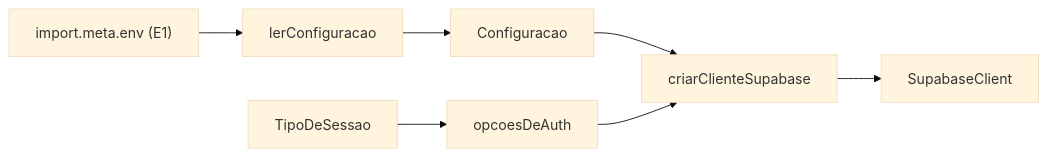
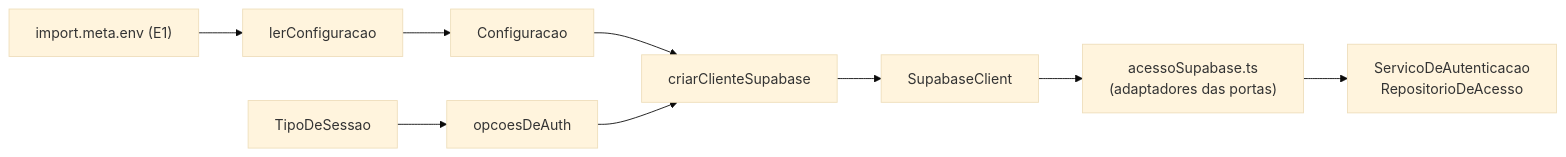
The diagram in src/shared/infra/README.md (TokumoH/RevocastCameras), drawn with Mermaid (base theme) before and after one commit. The commit also changed other lines of this file and 9 other files, not shown here.

First line of the commit message:
feat: E1 Tarefa 3 — adaptadores Supabase e composição (VER-017)

````diff
--- a/src/shared/infra/README.md
+++ b/src/shared/infra/README.md
@@ -57,9 +66,11 @@
 ```mermaid
 flowchart LR
     E["import.meta.env (E1)"] --> L[lerConfiguracao]
     L --> C[Configuracao]
     C --> K[criarClienteSupabase]
     T[TipoDeSessao] --> O[opcoesDeAuth]
     O --> K
     K --> S[SupabaseClient]
+    S --> AS["acessoSupabase.ts<br/>(adaptadores das portas)"]
+    AS --> P["ServicoDeAutenticacao<br/>RepositorioDeAcesso"]
 ```
````
